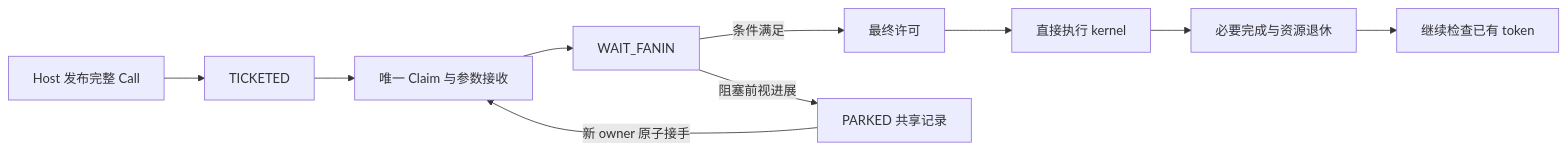
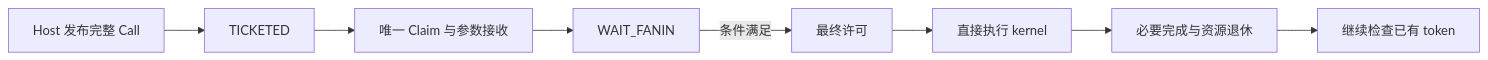
Before and after one commit to hw-native-sys/simpler: the diagram in docs/zh-cn/design/a5-hbg-graph-task/build-execute-separation.md, drawn with Mermaid. The commit also changed other lines of this file and 65 other files, not shown here.

````diff
--- a/docs/zh-cn/design/a5-hbg-graph-task/build-execute-separation.md
+++ b/docs/zh-cn/design/a5-hbg-graph-task/build-execute-separation.md
@@ -161,12 +294,10 @@
 ```mermaid
 flowchart LR
     H[Host 发布完整 Call] --> T[TICKETED]
     T --> C[唯一 Claim 与参数接收]
     C --> W[WAIT_FANIN]
     W -->|条件满足| E[最终许可]
     E --> K[直接执行 kernel]
     K --> R[必要完成与资源退休]
     R --> N[继续检查已有 token]
-    W -->|阻塞前视进展| P[PARKED 共享记录]
-    P -->|新 owner 原子接手| C
 ```
````
